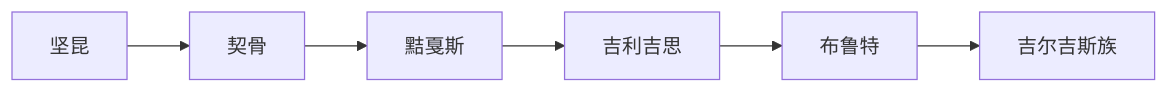
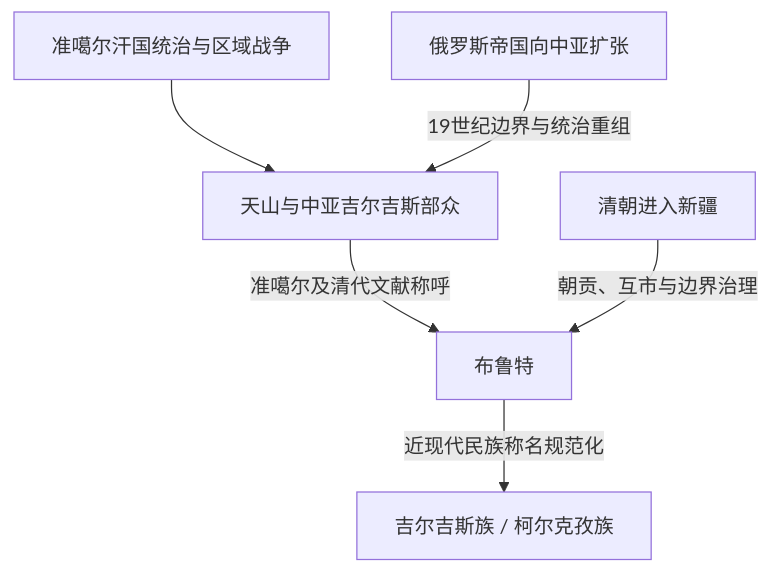
One commit to tianlan-dev/learning-notes changed the diagram in 人文科学/历史/东亚/中国/_民族/突厥语族与北方草原/叶尼塞吉尔吉斯/布鲁特.md. Above: the diagram before and after it, drawn with Mermaid. The commit also changed other lines of this file and 180 other files, not shown here.

````diff
--- a/人文科学/历史/东亚/中国/_民族/突厥语族与北方草原/叶尼塞吉尔吉斯/布鲁特.md
+++ b/人文科学/历史/东亚/中国/_民族/突厥语族与北方草原/叶尼塞吉尔吉斯/布鲁特.md
@@ -28,8 +27,8 @@
 ```mermaid
-flowchart LR
-  Jiankun["坚昆"] --> Qigu["契骨"]
-  Qigu --> Xiajiasi["黠戛斯"]
-  Xiajiasi --> Jilijisi["吉利吉思"]
-  Jilijisi --> Bulute["布鲁特"]
-  Bulute --> Kyrgyz["吉尔吉斯族"]
+flowchart TD
+    Tianshan["天山与中亚吉尔吉斯部众"] -->|"准噶尔及清代文献称呼"| Burut["布鲁特"]
+    Dzungar["准噶尔汗国统治与区域战争"] --> Tianshan
+    Qing["清朝进入新疆"] -->|"朝贡、互市与边界治理"| Burut
+    Russia["俄罗斯帝国向中亚扩张"] -->|"19世纪边界与统治重组"| Tianshan
+    Burut -->|"近现代民族称名规范化"| Kyrgyz["吉尔吉斯族 / 柯尔克孜族"]
 ```
````
